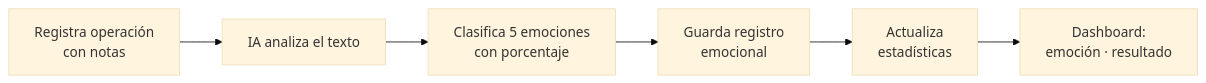
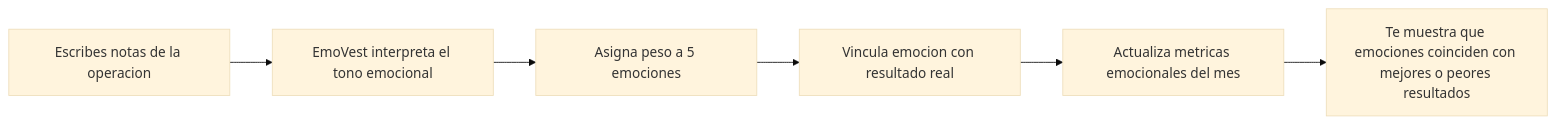
Before and after one commit to ELROKA02/EmoVest: the second of 2 diagrams in README.md, drawn with Mermaid (base theme). The commit also changed other lines of this file, not shown here.

Commit message:
Mejora del readme

````diff
--- a/README.md
+++ b/README.md
@@ -35,8 +62,8 @@
 ```mermaid
 flowchart LR
-    A[Registra operación\ncon notas] --> B[IA analiza el texto]
-    B --> C[Clasifica 5 emociones\ncon porcentaje]
-    C --> D[Guarda registro\nemocional]
-    D --> E[Actualiza\nestadísticas]
-    E --> F[Dashboard:\nemoción · resultado]
+    N[Escribes notas de la operacion] --> O[EmoVest interpreta el tono emocional]
+    O --> P[Asigna peso a 5 emociones]
+    P --> Q[Vincula emocion con resultado real]
+    Q --> R[Actualiza metricas emocionales del mes]
+    R --> S[Te muestra que emociones coinciden con mejores o peores resultados]
 ```
````
